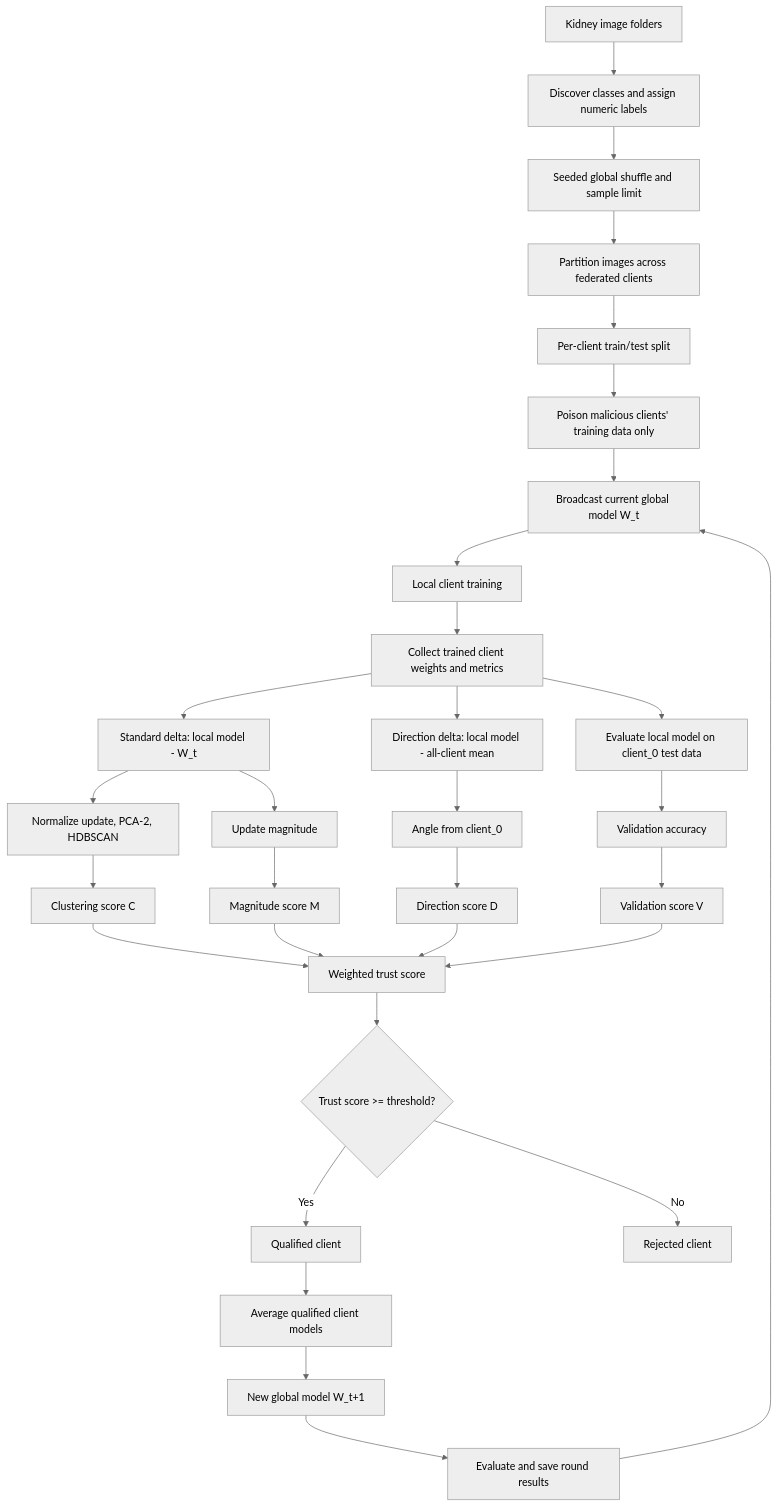
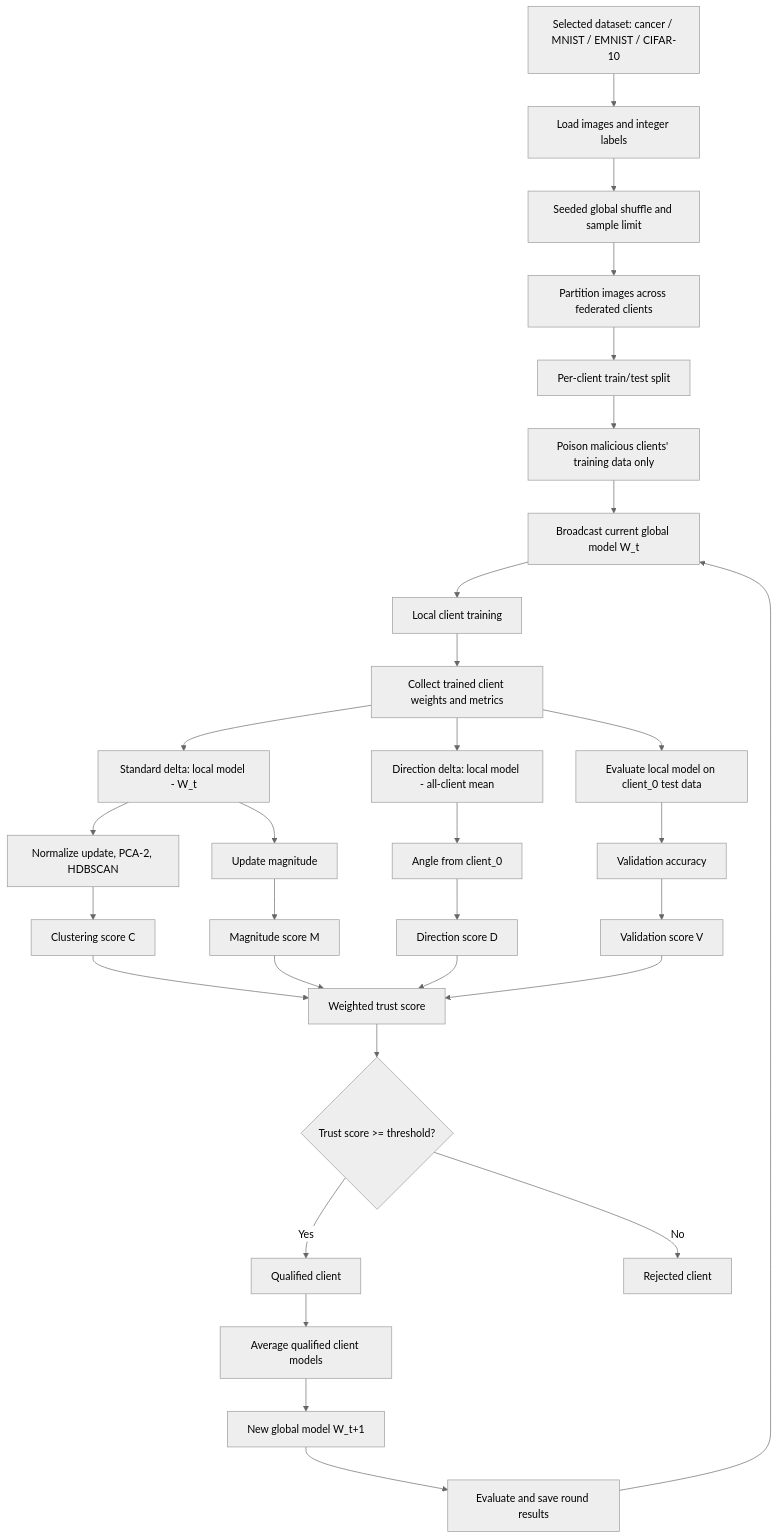
Before and after one commit to mkamepal/tf_fd_cancer_fakeclients_detection: the diagram in README.md, drawn with Mermaid (neutral theme). The commit also changed other lines of this file and 21 other files, not shown here.

````diff
--- a/README.md
+++ b/README.md
@@ -35,33 +105,33 @@
 ```mermaid
 flowchart TD
-    A[Kidney image folders] --> B[Discover classes and assign numeric labels]
+    A[Selected dataset: cancer / MNIST / EMNIST / CIFAR-10] --> B[Load images and integer labels]
     B --> C[Seeded global shuffle and sample limit]
     C --> D[Partition images across federated clients]
     D --> E[Per-client train/test split]
     E --> F[Poison malicious clients' training data only]
     F --> G[Broadcast current global model W_t]
     G --> H[Local client training]
     H --> I[Collect trained client weights and metrics]
     I --> J1[Standard delta: local model - W_t]
     I --> J2[Direction delta: local model - all-client mean]
     I --> J3[Evaluate local model on client_0 test data]
     J1 --> K1[Normalize update, PCA-2, HDBSCAN]
     J1 --> K2[Update magnitude]
     J2 --> K3[Angle from client_0]
     J3 --> K4[Validation accuracy]
     K1 --> L[Clustering score C]
     K2 --> M[Magnitude score M]
     K3 --> N[Direction score D]
     K4 --> O[Validation score V]
     L --> P[Weighted trust score]
     M --> P
     N --> P
     O --> P
     P --> Q{Trust score >= threshold?}
     Q -- Yes --> R[Qualified client]
     Q -- No --> S[Rejected client]
     R --> T[Average qualified client models]
     T --> U[New global model W_t+1]
     U --> V[Evaluate and save round results]
     V --> G
 ```
````
